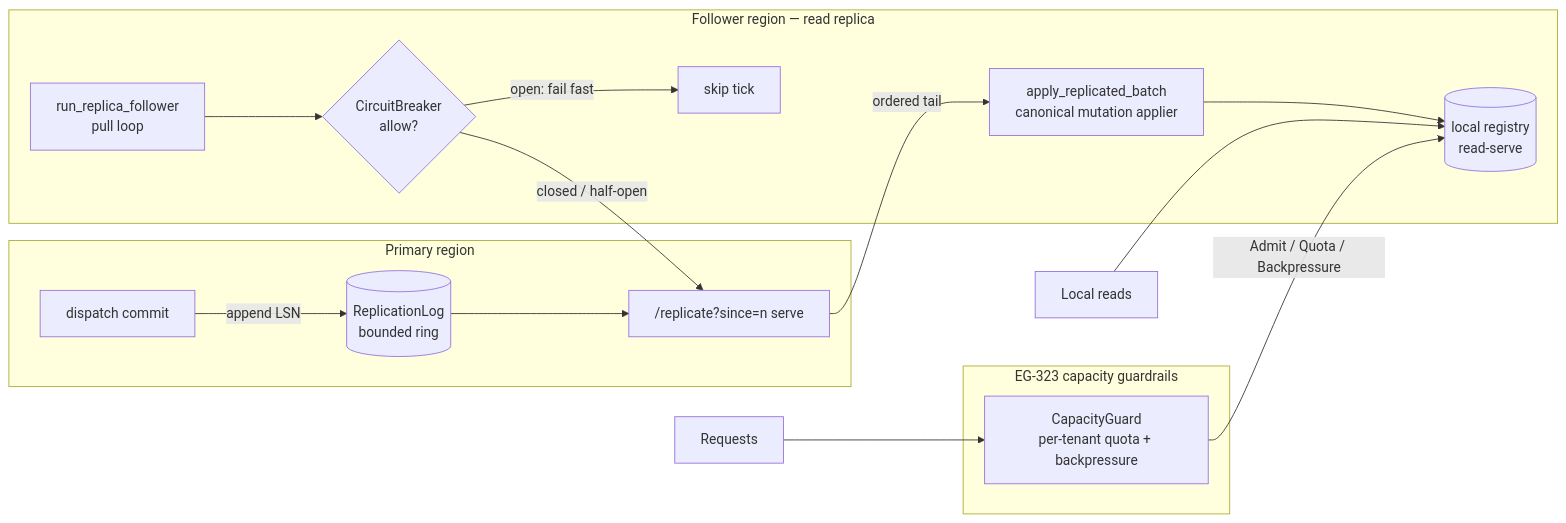
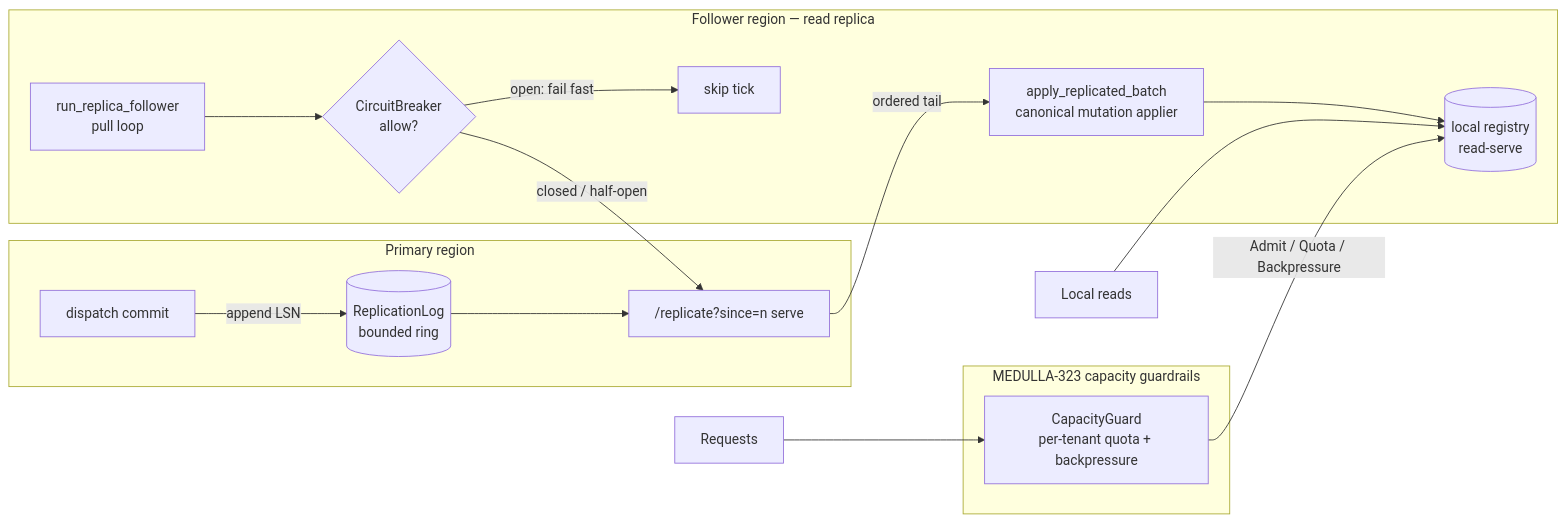
The first of 4 diagrams in docs/architecture/distribution_robotics_gpu.md (Knuckles-Team/epistemic-graph), drawn with Mermaid before and after one commit. The commit also changed other lines of this file and 5990 other files, not shown here.

First line of the commit message:
refactor!: rename epistemic-graph to medulla end to end (hard cutover)

````diff
--- a/docs/architecture/distribution_robotics_gpu.md
+++ b/docs/architecture/distribution_robotics_gpu.md
@@ -29,20 +29,20 @@
 ```mermaid
 flowchart LR
   subgraph Primary [Primary region]
     W[dispatch commit] -->|append LSN| LOG[(ReplicationLog\nbounded ring)]
     LOG --> SRV["/replicate?since=n serve"]
   end
   subgraph Follower [Follower region — read replica]
     CB{CircuitBreaker\nallow?}
     PULL[run_replica_follower\npull loop] --> CB
     CB -->|closed / half-open| SRV
     SRV -->|ordered tail| APPLY[apply_replicated_batch\ncanonical mutation applier]
     APPLY --> REG[(local registry\nread-serve)]
     CB -->|open: fail fast| SKIP[skip tick]
   end
   CLIENT[Local reads] --> REG
-  subgraph Guards [EG-323 capacity guardrails]
+  subgraph Guards [MEDULLA-323 capacity guardrails]
     G[CapacityGuard\nper-tenant quota + backpressure]
   end
   REQ[Requests] --> G -->|Admit / Quota / Backpressure| REG
 ```
````
